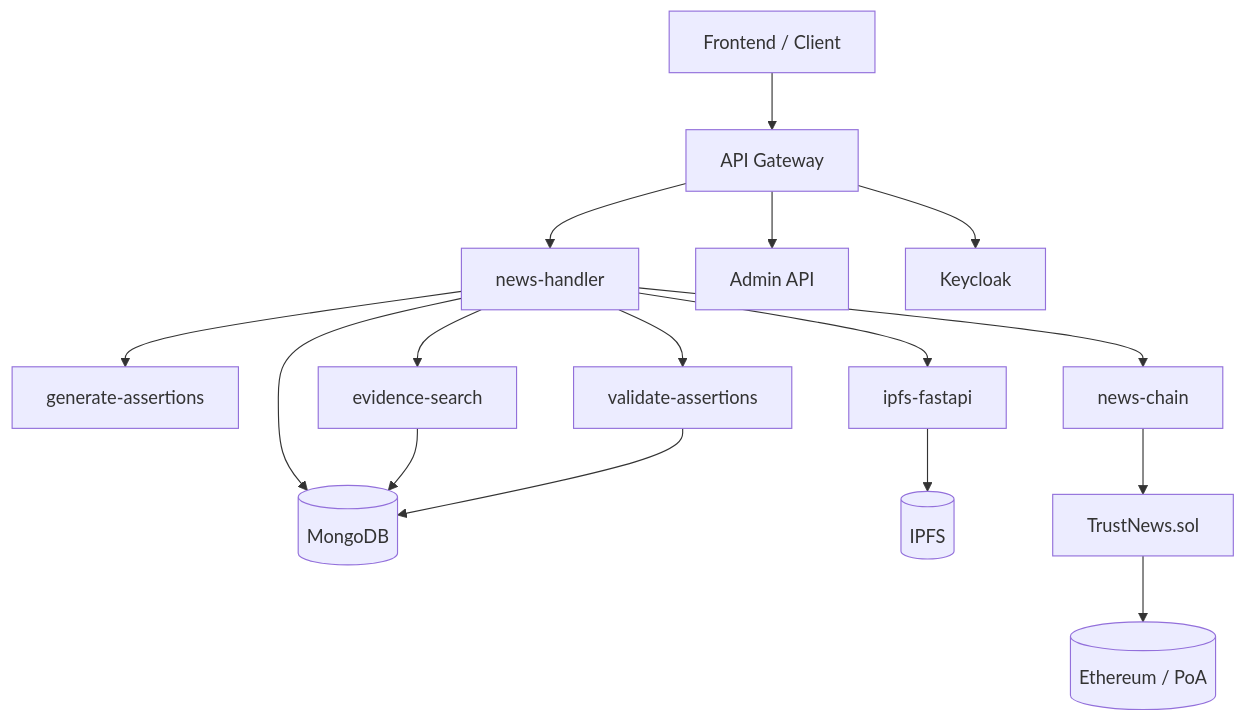
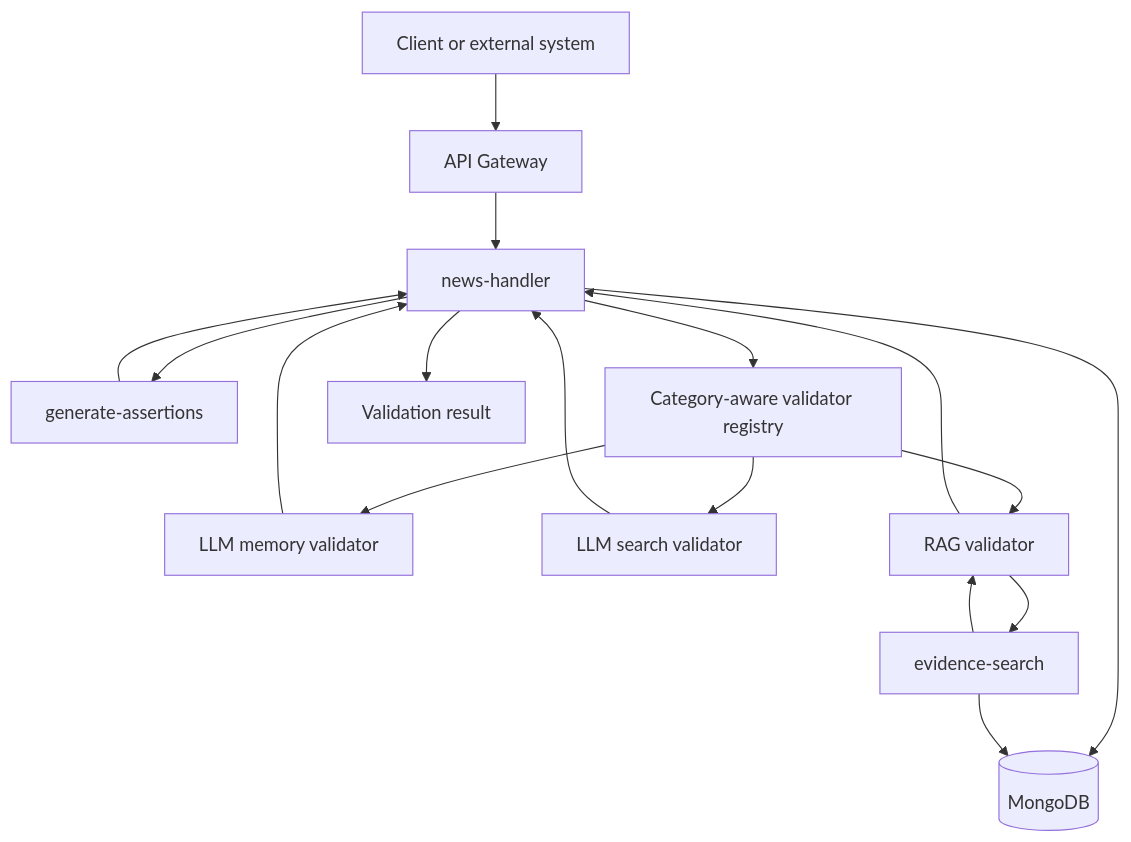
The second of 3 diagrams in README.md (cforcadell/trust-news), drawn with Mermaid before and after one commit. The commit also changed other lines of this file, not shown here.

````diff
--- a/README.md
+++ b/README.md
@@ -93,23 +337,24 @@
 ```mermaid
 flowchart TD
-    A[Frontend / Client] --> B[API Gateway]
+    A[Client or external system] --> B[API Gateway]
     B --> C[news-handler]
 
     C --> D[generate-assertions]
-    C --> E[evidence-search]
-    C --> F[validate-assertions]
+    D --> C
+
+    C --> R[Category-aware validator registry]
+    R --> V1[LLM memory validator]
+    R --> V2[LLM search validator]
+    R --> V3[RAG validator]
+
+    V3 --> E[evidence-search]
+    E --> V3
+
+    V1 --> C
+    V2 --> C
+    V3 --> C
+
     C --> G[(MongoDB)]
-
     E --> G
-    F --> G
-
-    C --> H[ipfs-fastapi]
-    H --> I[(IPFS)]
-
-    C --> J[news-chain]
-    J --> K[TrustNews.sol]
-    K --> L[(Ethereum / PoA)]
-
-    B --> M[Admin API]
-    B --> N[Keycloak]
+    C --> H[Validation result]
 ```
````
